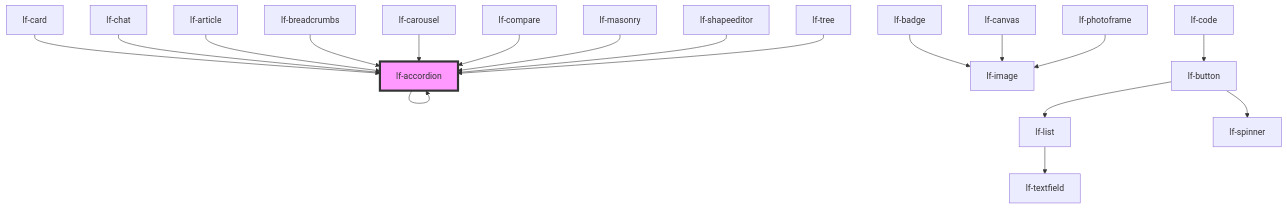
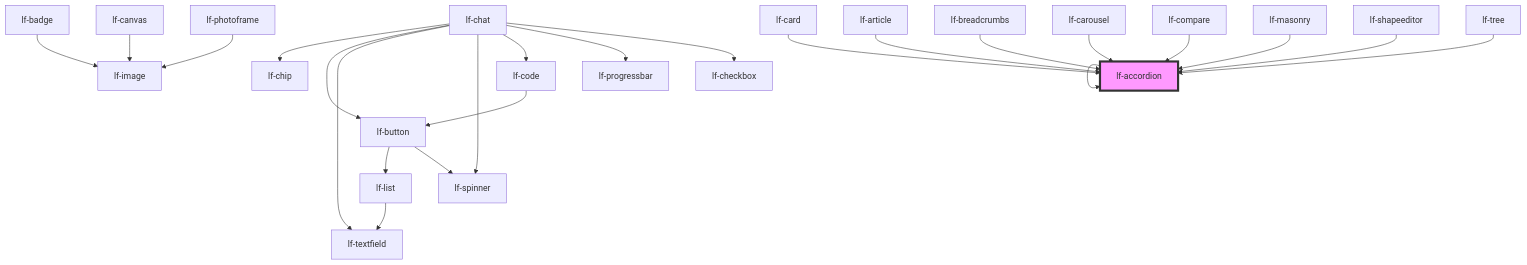
One commit to lucafoscili/lf-widgets changed the diagram in packages/core/src/components/lf-accordion/readme.md. Above: the diagram before and after it, drawn with Mermaid. The commit also changed other lines of this file and 21 other files, not shown here.

````diff
--- a/packages/core/src/components/lf-accordion/readme.md
+++ b/packages/core/src/components/lf-accordion/readme.md
@@ -181,21 +180,27 @@
 ```mermaid
 graph TD;
   lf-accordion --> lf-accordion
   lf-badge --> lf-image
   lf-button --> lf-list
   lf-button --> lf-spinner
   lf-list --> lf-textfield
   lf-canvas --> lf-image
   lf-card --> lf-accordion
-  lf-chat --> lf-accordion
-  lf-article --> lf-accordion
+  lf-chat --> lf-chip
+  lf-chat --> lf-button
+  lf-chat --> lf-textfield
+  lf-chat --> lf-spinner
+  lf-chat --> lf-code
+  lf-chat --> lf-progressbar
+  lf-chat --> lf-checkbox
   lf-code --> lf-button
   lf-photoframe --> lf-image
+  lf-article --> lf-accordion
   lf-breadcrumbs --> lf-accordion
   lf-carousel --> lf-accordion
   lf-compare --> lf-accordion
   lf-masonry --> lf-accordion
   lf-shapeeditor --> lf-accordion
   lf-tree --> lf-accordion
   style lf-accordion fill:#f9f,stroke:#333,stroke-width:4px
 ```
````
